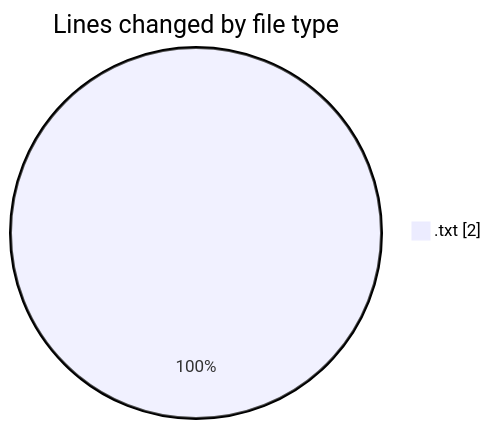
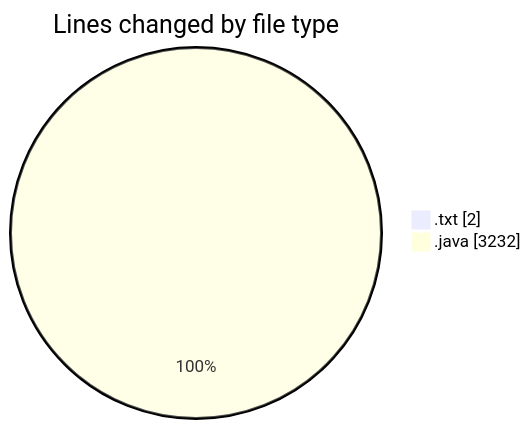
One commit to ricardozamudiocil/code-tracking changed the first of 2 diagrams in 2026-07-07/cilapp/README.md. Above: the diagram before and after it, drawn with Mermaid. The commit also changed other lines of this file and 1 other file, not shown here.

````diff
--- a/2026-07-07/cilapp/README.md
+++ b/2026-07-07/cilapp/README.md
@@ -20,5 +21,6 @@
 ```mermaid
 pie showData
 title Lines changed by file type
 ".txt" : 2
+".java" : 3232
 ```
````
